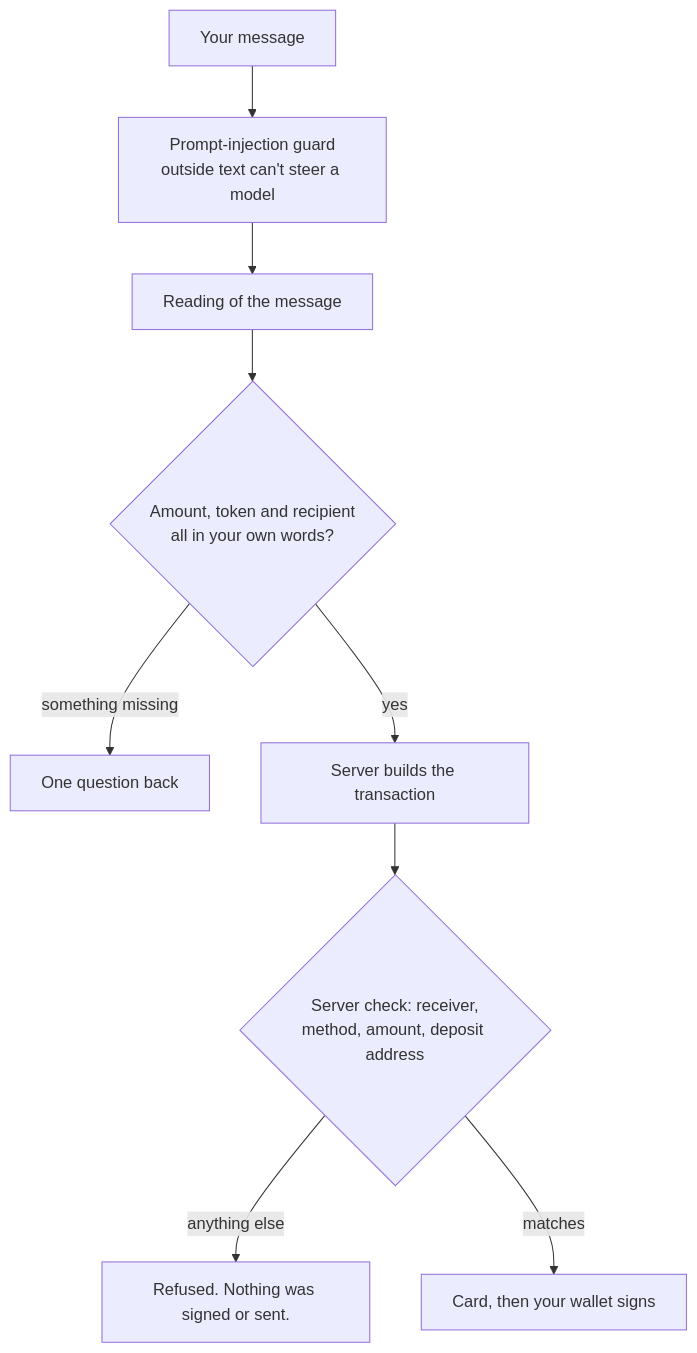
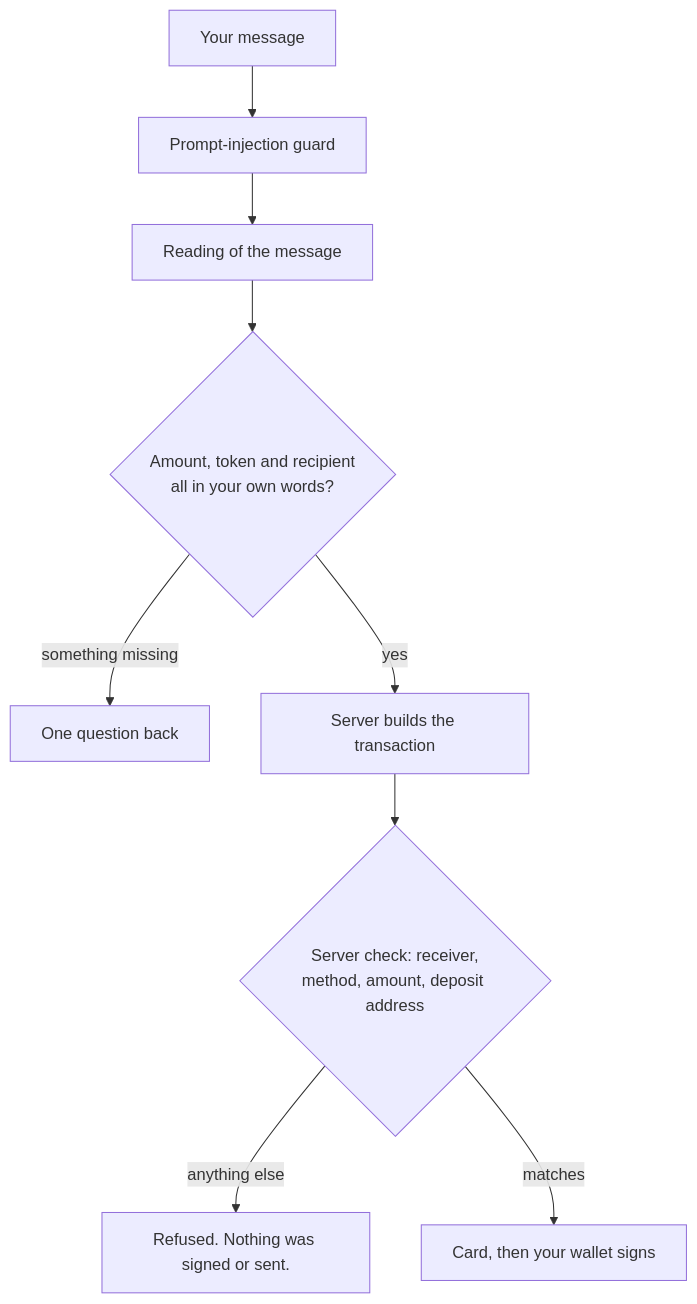
The third of 4 diagrams in README.md (Cookit-labs/Intent), drawn with Mermaid before and after one commit. The commit also changed other lines of this file and 1 other file, not shown here.

````diff
--- a/README.md
+++ b/README.md
@@ -165,11 +105,11 @@
 ```mermaid
 flowchart TD
-    msg["Your message"] --> guard["Prompt-injection guard<br/>outside text can't steer a model"]
+    msg["Your message"] --> guard["Prompt-injection guard"]
     guard --> read["Reading of the message"]
     read --> own{"Amount, token and recipient<br/>all in your own words?"}
     own -->|"something missing"| ask["One question back"]
     own -->|"yes"| build["Server builds the transaction"]
     build --> safe{"Server check: receiver,<br/>method, amount, deposit address"}
     safe -->|"anything else"| refuse["Refused. Nothing was signed or sent."]
     safe -->|"matches"| sign["Card, then your wallet signs"]
 ```
````
